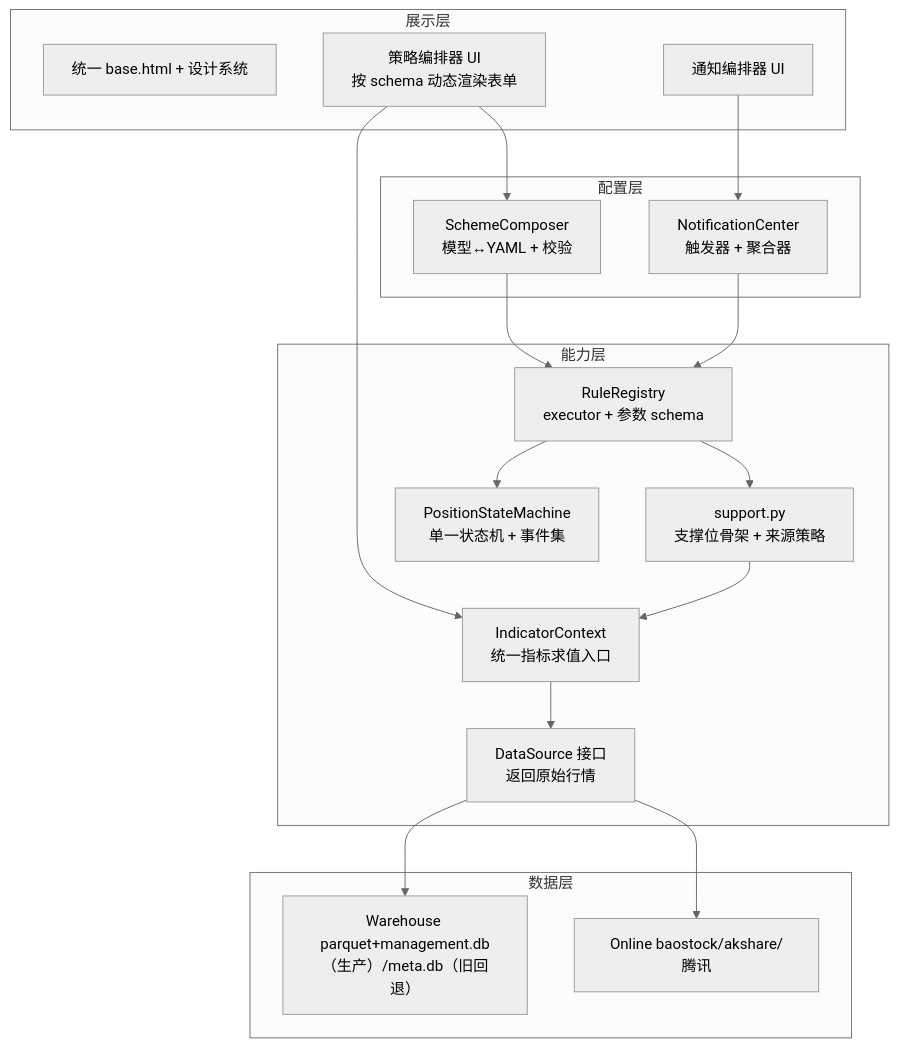
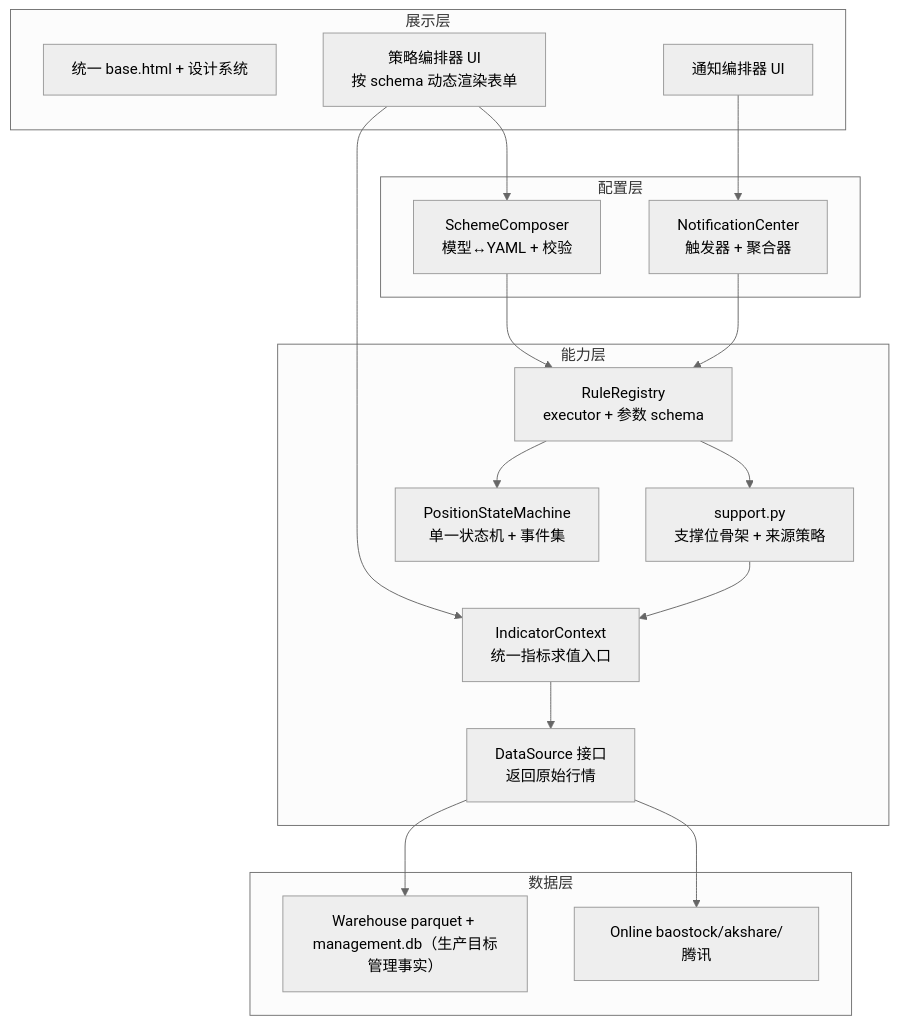
The second of 6 diagrams in docs/HLD.md (fewhg3yhjt/stock-data-analyse), drawn with Mermaid (neutral theme) before and after one commit. The commit also changed 13 other files, not shown here.

````diff
--- a/docs/HLD.md
+++ b/docs/HLD.md
@@ -107,31 +107,31 @@
 ```mermaid
 flowchart TB
     subgraph 展示层
         BASE[统一 base.html + 设计系统]
         PMGR[策略编排器 UI<br>按 schema 动态渲染表单]
         NMGR[通知编排器 UI]
     end
     subgraph 配置层
         SC[SchemeComposer<br>模型↔YAML + 校验]
         NC[NotificationCenter<br>触发器 + 聚合器]
     end
     subgraph 能力层
         RR[RuleRegistry<br>executor + 参数 schema]
         SUPPORT[support.py<br>支撑位骨架 + 来源策略]
         SM[PositionStateMachine<br>单一状态机 + 事件集]
         DS[DataSource 接口<br>返回原始行情]
         IC[IndicatorContext<br>统一指标求值入口]
     end
     subgraph 数据层
-        WH[Warehouse parquet+management.db（生产）/meta.db（旧回退）]
+        WH[Warehouse parquet + management.db（生产目标管理事实）]
         OL[Online baostock/akshare/腾讯]
     end
     PMGR --> SC --> RR
     PMGR --> IC
     NMGR --> NC --> RR
     RR --> SM
     RR --> SUPPORT --> IC
     DS --> WH
     DS --> OL
     IC --> DS
 ```
````
